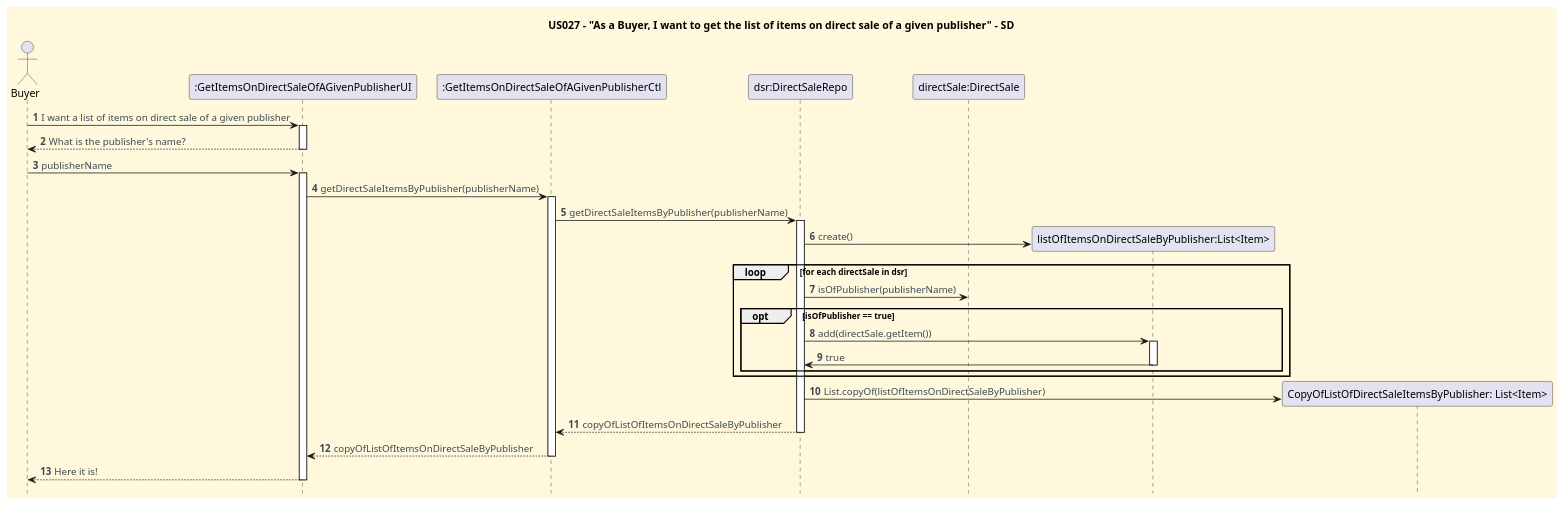
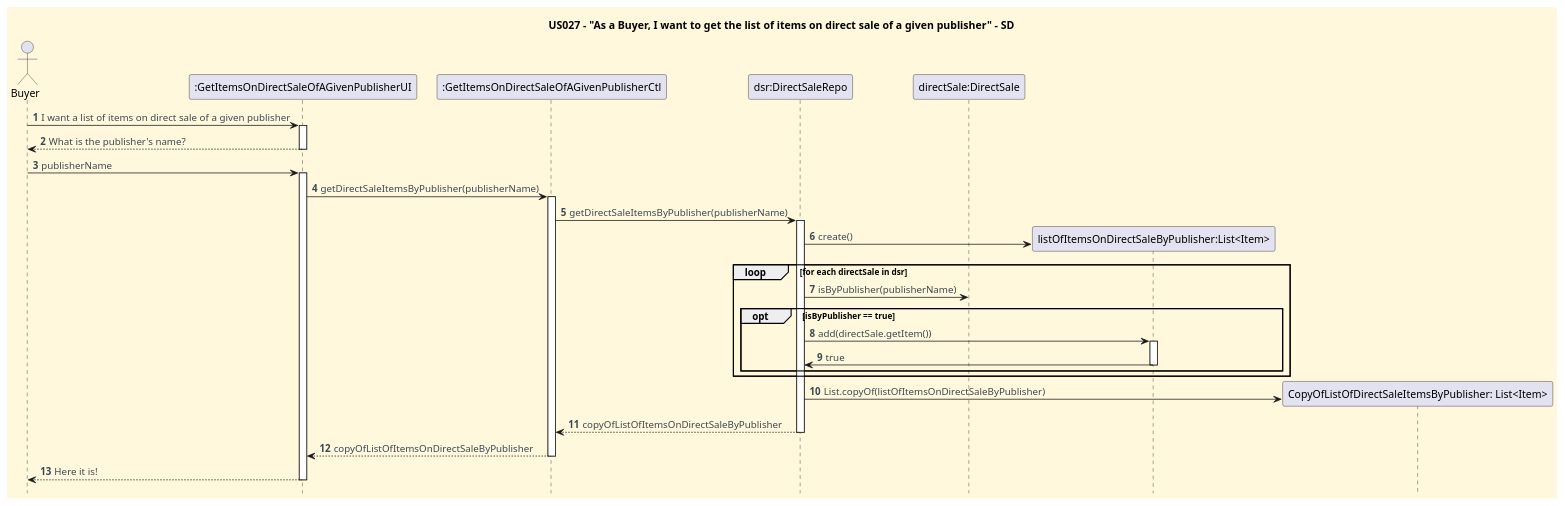
One commit to CarolinaLeite-collab/JavaMarketplacePlatform changed the diagram in docs/userStories/US027/US027_get_list_of_items_on_direct_sale_of_publisher_SD.puml. Above: the diagram before and after it, drawn with PlantUML.

Commit message:
SD correction #142

```diff
--- a/docs/userStories/US027/US027_get_list_of_items_on_direct_sale_of_publisher_SD.puml
+++ b/docs/userStories/US027/US027_get_list_of_items_on_direct_sale_of_publisher_SD.puml
@@ -1,63 +1,63 @@
 @@startuml
  title US027 - "As a Buyer, I want to get the list of items on direct sale of a given publisher" - SD
  hidefootbox
 
  '==== basic style ====
  skinparam monochrome false
  skinparam shadowing false
  skinparam defaultFontName Futura
  skinparam objectFontSize 20
  skinparam backgroundColor CornSilk
  skinparam objectBackgroundColor WhiteSmoke
  skinparam noteBackgroundColor #FFFFE0
  skinparam ArrowFontColor #3B4953
  skinparam ActivationBackgroundColor black
 
  autonumber
  autoactivate off
 
  ' --- Actor and participants ---
  actor Buyer
  participant ":GetItemsOnDirectSaleOfAGivenPublisherUI" as UI
  participant ":GetItemsOnDirectSaleOfAGivenPublisherCtl" as Ctl
  participant "dsr:DirectSaleRepo" as DirectSaleRepo
  participant "directSale:DirectSale" as DirectSale
 
  ' --- System dialog ---
  Buyer -> UI: I want a list of items on direct sale of a given publisher
  activate UI
  UI --> Buyer: What is the publisher's name?
  deactivate UI
 
  Buyer -> UI: publisherName
  activate UI
  UI -> Ctl: getDirectSaleItemsByPublisher(publisherName)
  activate Ctl
  Ctl -> DirectSaleRepo: getDirectSaleItemsByPublisher(publisherName)
  activate DirectSaleRepo
 
  create "listOfItemsOnDirectSaleByPublisher:List<Item>" as List
  DirectSaleRepo -> List: create()
 
  ' --- Run through each direct sale and check the publisher associated with the corresponding Item ---
  loop for each directSale in dsr
-     DirectSaleRepo -> DirectSale: isOfPublisher(publisherName)
-     opt isOfPublisher == true
+     DirectSaleRepo -> DirectSale: isByPublisher(publisherName)
+     opt isByPublisher == true
          DirectSaleRepo -> List: add(directSale.getItem())
          activate List
          List -> DirectSaleRepo: true
          deactivate List
      end
  end
 
  create "CopyOfListOfDirectSaleItemsByPublisher: List<Item>" as ListCopy
  DirectSaleRepo -> ListCopy: List.copyOf(listOfItemsOnDirectSaleByPublisher)
  DirectSaleRepo --> Ctl: copyOfListOfItemsOnDirectSaleByPublisher
  deactivate DirectSaleRepo
 
  Ctl --> UI: copyOfListOfItemsOnDirectSaleByPublisher
  deactivate Ctl
  UI --> Buyer: Here it is!
  deactivate UI
 
  @enduml
```
